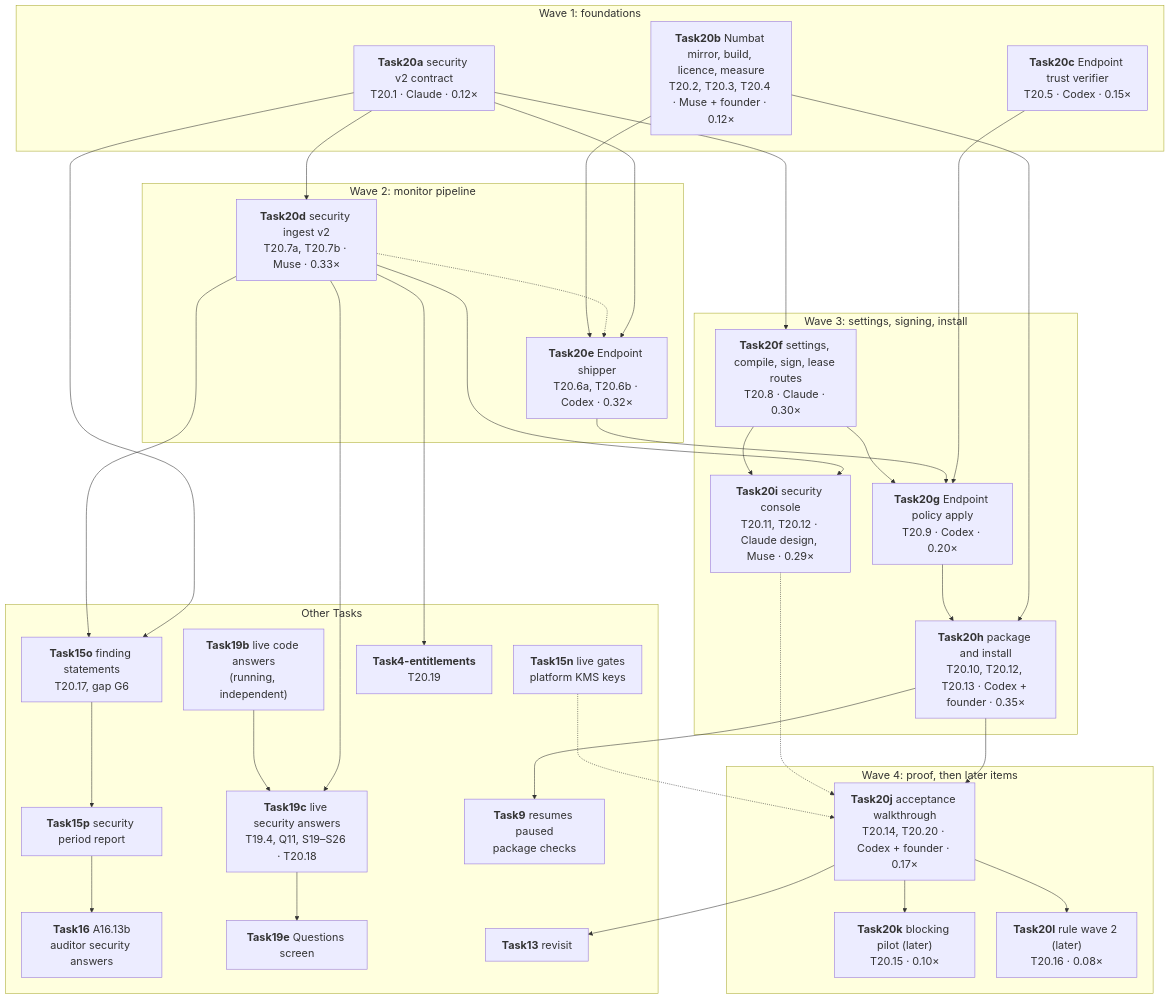
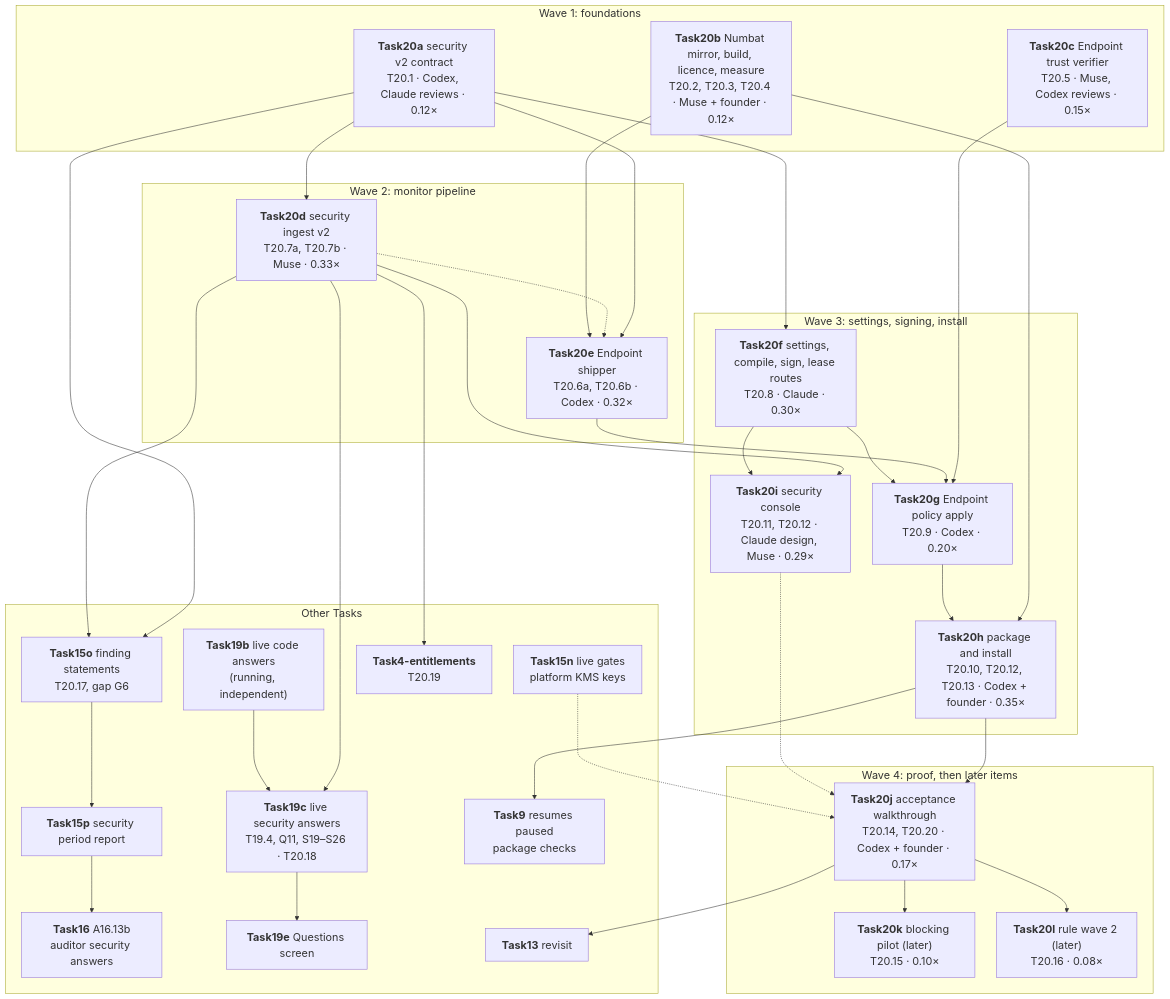
Before and after one commit to mahamannu-ux/TrackAI-V1: the diagram in docs/plan/TASK20.md, drawn with Mermaid. The commit also changed other lines of this file and 4 other files, not shown here.

Commit message:
Task20-plan: Task20f owns the unconditional fleet schema-version migration; Task20a moves to Codex (Claude reviews) with its prompt; Task20c to Muse

````diff
--- a/docs/plan/TASK20.md
+++ b/docs/plan/TASK20.md
@@ -162,60 +162,60 @@
 ```mermaid
 %%{init: {"flowchart": {"nodeSpacing": 40, "rankSpacing": 60}, "themeVariables": {"fontSize": "20px"}}}%%
 flowchart TB
   subgraph W1["Wave 1: foundations"]
-    A["<b>Task20a</b> security v2 contract<br/>T20.1 · Claude · 0.12×"]
+    A["<b>Task20a</b> security v2 contract<br/>T20.1 · Codex, Claude reviews · 0.12×"]
     B["<b>Task20b</b> Numbat mirror, build, licence, measure<br/>T20.2, T20.3, T20.4 · Muse + founder · 0.12×"]
-    C["<b>Task20c</b> Endpoint trust verifier<br/>T20.5 · Codex · 0.15×"]
+    C["<b>Task20c</b> Endpoint trust verifier<br/>T20.5 · Muse, Codex reviews · 0.15×"]
   end
   subgraph W2["Wave 2: monitor pipeline"]
     D["<b>Task20d</b> security ingest v2<br/>T20.7a, T20.7b · Muse · 0.33×"]
     E["<b>Task20e</b> Endpoint shipper<br/>T20.6a, T20.6b · Codex · 0.32×"]
   end
   subgraph W3["Wave 3: settings, signing, install"]
     F["<b>Task20f</b> settings, compile, sign, lease routes<br/>T20.8 · Claude · 0.30×"]
     G["<b>Task20g</b> Endpoint policy apply<br/>T20.9 · Codex · 0.20×"]
     H["<b>Task20h</b> package and install<br/>T20.10, T20.12, T20.13 · Codex + founder · 0.35×"]
     I["<b>Task20i</b> security console<br/>T20.11, T20.12 · Claude design, Muse · 0.29×"]
   end
   subgraph W4["Wave 4: proof, then later items"]
     J["<b>Task20j</b> acceptance walkthrough<br/>T20.14, T20.20 · Codex + founder · 0.17×"]
     K["<b>Task20k</b> blocking pilot (later)<br/>T20.15 · 0.10×"]
     L["<b>Task20l</b> rule wave 2 (later)<br/>T20.16 · 0.08×"]
   end
   subgraph OT["Other Tasks"]
     N["<b>Task15n</b> live gates<br/>platform KMS keys"]
     O["<b>Task15o</b> finding statements<br/>T20.17, gap G6"]
     P["<b>Task15p</b> security period report"]
     Q16["<b>Task16</b> A16.13b<br/>auditor security answers"]
     S19b["<b>Task19b</b> live code answers<br/>(running, independent)"]
     S19c["<b>Task19c</b> live security answers<br/>T19.4, Q11, S19–S26 · T20.18"]
     S19e["<b>Task19e</b> Questions screen"]
     ENT["<b>Task4-entitlements</b><br/>T20.19"]
     T9["<b>Task9</b> resumes paused<br/>package checks"]
     T13["<b>Task13</b> revisit"]
   end
   A --> D
   A --> E
   A --> F
   A --> O
   D -.-> E
   B --> E
   D --> I
   C --> G
   E --> G
   F --> G
   F --> I
   B --> H
   G --> H
   H --> J
   I -.-> J
   N -.-> J
   J --> K
   J --> L
   J --> T13
   H --> T9
   D --> O --> P --> Q16
   D --> S19c
   S19b --> S19c --> S19e
   D --> ENT
 ```
````
